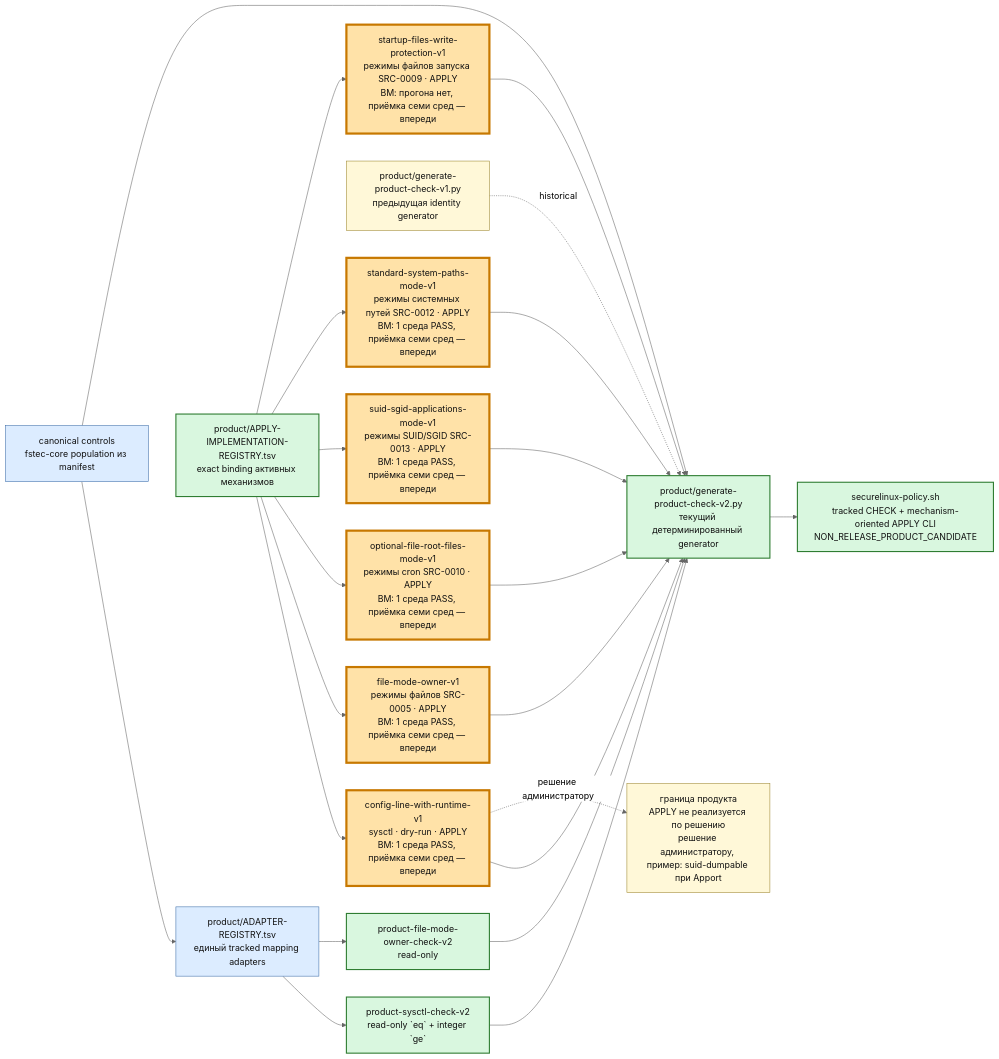
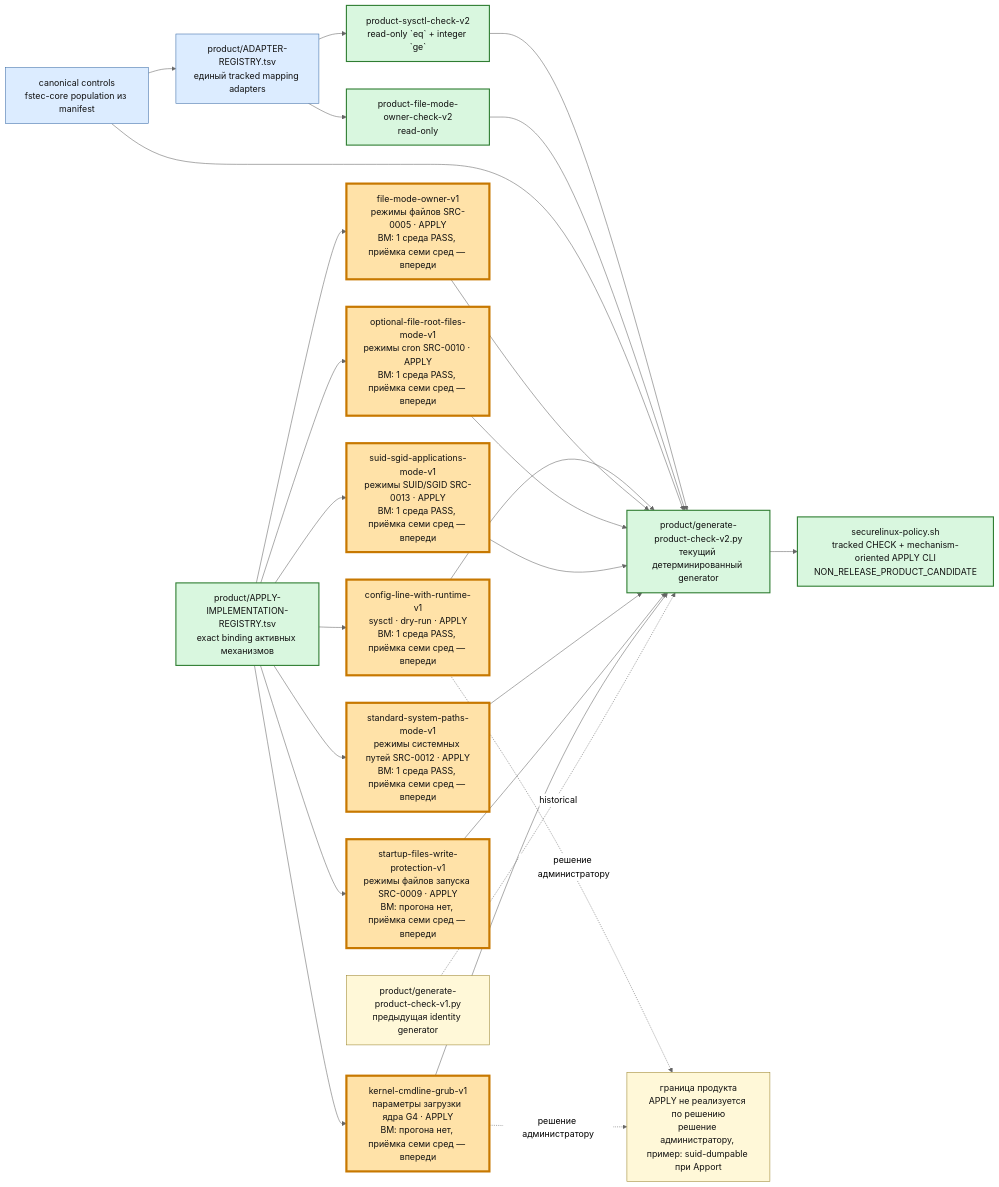
Before and after one commit to rasav65/SecureLinux-Policy: the third of 6 diagrams in docs/PROJECT-MAP.md, drawn with Mermaid (neutral theme). The commit also changed other lines of this file and 40 other files, not shown here.

First line of the commit message:
product: механизм APPLY kernel-cmdline-grub-v1 для параметров ядра (G4)

````diff
--- a/docs/PROJECT-MAP.md
+++ b/docs/PROJECT-MAP.md
@@ -206,38 +206,41 @@
 ```mermaid
 flowchart LR
     CTRLNOW["canonical controls<br/>fstec-core population из manifest"]:::component
     REG["product/ADAPTER-REGISTRY.tsv<br/>единый tracked mapping adapters"]:::component
     SYS["product-sysctl-check-v2<br/>read-only `eq` + integer `ge`"]:::closed
     FILE["product-file-mode-owner-check-v2<br/>read-only"]:::closed
     GEN1["product/generate-product-check-v1.py<br/>предыдущая identity generator"]:::note
     GEN2["product/generate-product-check-v2.py<br/>текущий детерминированный generator"]:::closed
     IMPLREG["product/APPLY-IMPLEMENTATION-REGISTRY.tsv<br/>exact binding активных механизмов"]:::closed
     APPLY1["config-line-with-runtime-v1<br/>sysctl · dry-run · APPLY<br/>ВМ: 1 среда PASS, приёмка семи сред — впереди"]:::current
     APPLY2["file-mode-owner-v1<br/>режимы файлов SRC-0005 · APPLY<br/>ВМ: 1 среда PASS, приёмка семи сред — впереди"]:::current
     APPLY3["optional-file-root-files-mode-v1<br/>режимы cron SRC-0010 · APPLY<br/>ВМ: 1 среда PASS, приёмка семи сред — впереди"]:::current
     APPLY4["suid-sgid-applications-mode-v1<br/>режимы SUID/SGID SRC-0013 · APPLY<br/>ВМ: 1 среда PASS, приёмка семи сред — впереди"]:::current
     APPLY5["standard-system-paths-mode-v1<br/>режимы системных путей SRC-0012 · APPLY<br/>ВМ: 1 среда PASS, приёмка семи сред — впереди"]:::current
     APPLY6["startup-files-write-protection-v1<br/>режимы файлов запуска SRC-0009 · APPLY<br/>ВМ: прогона нет, приёмка семи сред — впереди"]:::current
+    APPLY7["kernel-cmdline-grub-v1<br/>параметры загрузки ядра G4 · APPLY<br/>ВМ: прогона нет, приёмка семи сред — впереди"]:::current
     CLI["securelinux-policy.sh<br/>tracked CHECK + mechanism-oriented APPLY CLI<br/>NON_RELEASE_PRODUCT_CANDIDATE"]:::closed
     ADMIN["граница продукта<br/>APPLY не реализуется по решению<br/>решение администратору, пример: suid-dumpable при Apport"]:::note
 
     CTRLNOW --> REG
     REG --> SYS
     REG --> FILE
     SYS --> GEN2
     FILE --> GEN2
     CTRLNOW --> GEN2 --> CLI
     IMPLREG --> APPLY1 --> GEN2
     IMPLREG --> APPLY2 --> GEN2
     IMPLREG --> APPLY3 --> GEN2
     IMPLREG --> APPLY4 --> GEN2
     IMPLREG --> APPLY5 --> GEN2
     IMPLREG --> APPLY6 --> GEN2
+    IMPLREG --> APPLY7 --> GEN2
     APPLY1 -. решение администратору .-> ADMIN
+    APPLY7 -. решение администратору .-> ADMIN
     GEN1 -. historical .-> GEN2
 
     classDef closed fill:#d9f7df,stroke:#2f7d32,color:#111,stroke-width:2px;
     classDef component fill:#dcecff,stroke:#3e6ea8,color:#111;
     classDef current fill:#ffe2a8,stroke:#c77800,color:#111,stroke-width:4px;
     classDef note fill:#fff8d8,stroke:#9d8730,color:#111;
 ```
````
